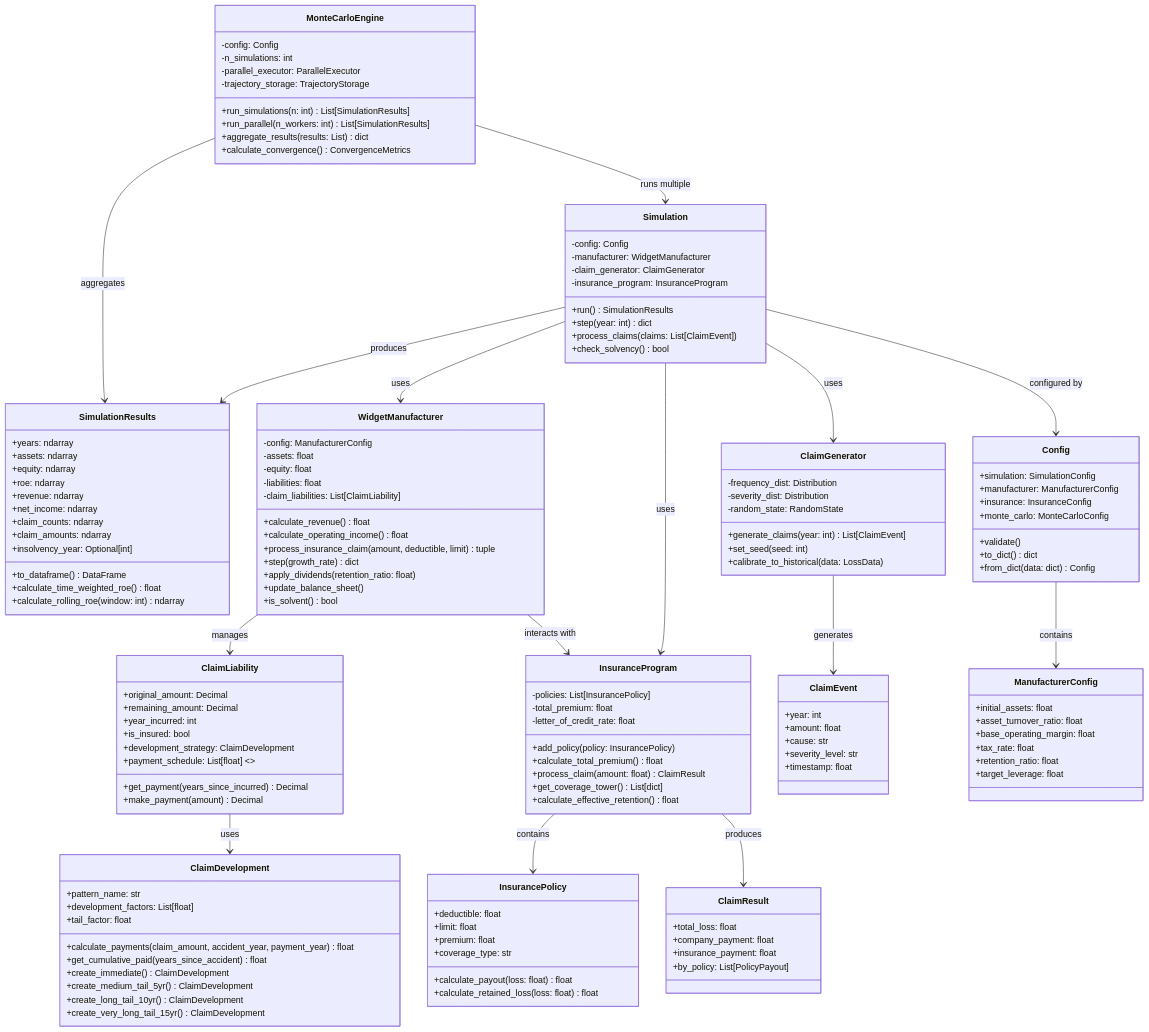
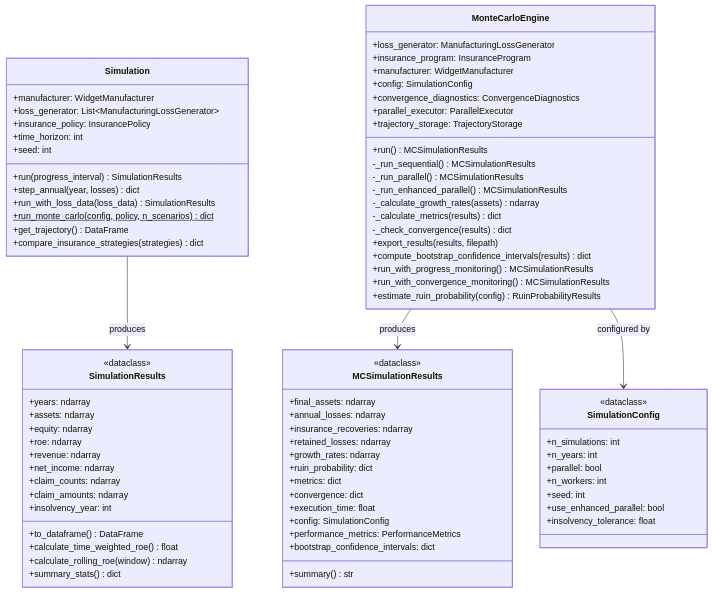
Before and after one commit to AlexFiliakov/Ergodic-Insurance-Limits: the fifth of 6 diagrams in ergodic_insurance/docs/architecture/class_diagrams/core_classes.md, drawn with Mermaid. The commit also changed other lines of this file and 14 other files, not shown here.

First line of the commit message:
docs: Update and expand Mermaid architecture diagrams (#185) (#341)

````diff
--- a/ergodic_insurance/docs/architecture/class_diagrams/core_classes.md
+++ b/ergodic_insurance/docs/architecture/class_diagrams/core_classes.md
@@ -5,18 +388,21 @@
 ```{mermaid}
 classDiagram
-    %% Core Simulation Classes
     class Simulation {
-        -config: Config
-        -manufacturer: WidgetManufacturer
-        -claim_generator: ClaimGenerator
-        -insurance_program: InsuranceProgram
-        +run() SimulationResults
-        +step(year: int) dict
-        +process_claims(claims: List[ClaimEvent])
-        +check_solvency() bool
+        +manufacturer: WidgetManufacturer
+        +loss_generator: List~ManufacturingLossGenerator~
+        +insurance_policy: InsurancePolicy
+        +time_horizon: int
+        +seed: int
+        +run(progress_interval) SimulationResults
+        +step_annual(year, losses) dict
+        +run_with_loss_data(loss_data) SimulationResults
+        +run_monte_carlo(config, policy, n_scenarios)$ dict
+        +get_trajectory() DataFrame
+        +compare_insurance_strategies(strategies) dict
     }
 
     class SimulationResults {
+        <<dataclass>>
         +years: ndarray
         +assets: ndarray
         +equity: ndarray
@@ -25,147 +411,64 @@
         +net_income: ndarray
         +claim_counts: ndarray
         +claim_amounts: ndarray
-        +insolvency_year: Optional[int]
+        +insolvency_year: int
         +to_dataframe() DataFrame
         +calculate_time_weighted_roe() float
-        +calculate_rolling_roe(window: int) ndarray
+        +calculate_rolling_roe(window) ndarray
+        +summary_stats() dict
     }
 
     class MonteCarloEngine {
-        -config: Config
-        -n_simulations: int
-        -parallel_executor: ParallelExecutor
-        -trajectory_storage: TrajectoryStorage
-        +run_simulations(n: int) List[SimulationResults]
-        +run_parallel(n_workers: int) List[SimulationResults]
-        +aggregate_results(results: List) dict
-        +calculate_convergence() ConvergenceMetrics
+        +loss_generator: ManufacturingLossGenerator
+        +insurance_program: InsuranceProgram
+        +manufacturer: WidgetManufacturer
+        +config: SimulationConfig
+        +convergence_diagnostics: ConvergenceDiagnostics
+        +parallel_executor: ParallelExecutor
+        +trajectory_storage: TrajectoryStorage
+        +run() MCSimulationResults
+        -_run_sequential() MCSimulationResults
+        -_run_parallel() MCSimulationResults
+        -_run_enhanced_parallel() MCSimulationResults
+        -_calculate_growth_rates(assets) ndarray
+        -_calculate_metrics(results) dict
+        -_check_convergence(results) dict
+        +export_results(results, filepath)
+        +compute_bootstrap_confidence_intervals(results) dict
+        +run_with_progress_monitoring() MCSimulationResults
+        +run_with_convergence_monitoring() MCSimulationResults
+        +estimate_ruin_probability(config) RuinProbabilityResults
     }
 
-    %% Business Model Classes
-    class WidgetManufacturer {
-        -config: ManufacturerConfig
-        -assets: float
-        -equity: float
-        -liabilities: float
-        -claim_liabilities: List[ClaimLiability]
-        +calculate_revenue() float
-        +calculate_operating_income() float
-        +process_insurance_claim(amount, deductible, limit) tuple
-        +step(growth_rate) dict
-        +apply_dividends(retention_ratio: float)
-        +update_balance_sheet()
-        +is_solvent() bool
+    class MCSimulationResults {
+        <<dataclass>>
+        +final_assets: ndarray
+        +annual_losses: ndarray
+        +insurance_recoveries: ndarray
+        +retained_losses: ndarray
+        +growth_rates: ndarray
+        +ruin_probability: dict
+        +metrics: dict
+        +convergence: dict
+        +execution_time: float
+        +config: SimulationConfig
+        +performance_metrics: PerformanceMetrics
+        +bootstrap_confidence_intervals: dict
+        +summary() str
     }
 
-    class ClaimLiability {
-        +original_amount: Decimal
-        +remaining_amount: Decimal
-        +year_incurred: int
-        +is_insured: bool
-        +development_strategy: ClaimDevelopment
-        +payment_schedule: List[float]  <<property>>
-        +get_payment(years_since_incurred) Decimal
-        +make_payment(amount) Decimal
+    class SimulationConfig {
+        <<dataclass>>
+        +n_simulations: int
+        +n_years: int
+        +parallel: bool
+        +n_workers: int
+        +seed: int
+        +use_enhanced_parallel: bool
+        +insolvency_tolerance: float
     }
 
-    class ClaimDevelopment {
-        +pattern_name: str
-        +development_factors: List[float]
-        +tail_factor: float
-        +calculate_payments(claim_amount, accident_year, payment_year) float
-        +get_cumulative_paid(years_since_accident) float
-        +create_immediate() ClaimDevelopment
-        +create_medium_tail_5yr() ClaimDevelopment
-        +create_long_tail_10yr() ClaimDevelopment
-        +create_very_long_tail_15yr() ClaimDevelopment
-    }
-
-    ClaimLiability --> ClaimDevelopment : uses
-
-    %% Insurance Classes
-    class InsurancePolicy {
-        +deductible: float
-        +limit: float
-        +premium: float
-        +coverage_type: str
-        +calculate_payout(loss: float) float
-        +calculate_retained_loss(loss: float) float
-    }
-
-    class InsuranceProgram {
-        -policies: List[InsurancePolicy]
-        -total_premium: float
-        -letter_of_credit_rate: float
-        +add_policy(policy: InsurancePolicy)
-        +calculate_total_premium() float
-        +process_claim(amount: float) ClaimResult
-        +get_coverage_tower() List[dict]
-        +calculate_effective_retention() float
-    }
-
-    class ClaimResult {
-        +total_loss: float
-        +company_payment: float
-        +insurance_payment: float
-        +by_policy: List[PolicyPayout]
-    }
-
-    %% Claim Generation
-    class ClaimGenerator {
-        -frequency_dist: Distribution
-        -severity_dist: Distribution
-        -random_state: RandomState
-        +generate_claims(year: int) List[ClaimEvent]
-        +set_seed(seed: int)
-        +calibrate_to_historical(data: LossData)
-    }
-
-    class ClaimEvent {
-        +year: int
-        +amount: float
-        +cause: str
-        +severity_level: str
-        +timestamp: float
-    }
-
-    %% Configuration
-    class Config {
-        +simulation: SimulationConfig
-        +manufacturer: ManufacturerConfig
-        +insurance: InsuranceConfig
-        +monte_carlo: MonteCarloConfig
-        +validate()
-        +to_dict() dict
-        +from_dict(data: dict) Config
-    }
-
-    class ManufacturerConfig {
-        +initial_assets: float
-        +asset_turnover_ratio: float
-        +base_operating_margin: float
-        +tax_rate: float
-        +retention_ratio: float
-        +target_leverage: float
-    }
-
-    %% Relationships
-    Simulation --> WidgetManufacturer : uses
-    Simulation --> ClaimGenerator : uses
-    Simulation --> InsuranceProgram : uses
     Simulation --> SimulationResults : produces
-
-    MonteCarloEngine --> Simulation : runs multiple
-    MonteCarloEngine --> SimulationResults : aggregates
-
-    WidgetManufacturer --> ClaimLiability : manages
-    WidgetManufacturer --> InsuranceProgram : interacts with
-
-    InsuranceProgram --> InsurancePolicy : contains
-    InsuranceProgram --> ClaimResult : produces
-
-    ClaimGenerator --> ClaimEvent : generates
-
-    Config --> ManufacturerConfig : contains
-    Simulation --> Config : configured by
+    MonteCarloEngine --> MCSimulationResults : produces
+    MonteCarloEngine --> SimulationConfig : configured by
 ```
````
